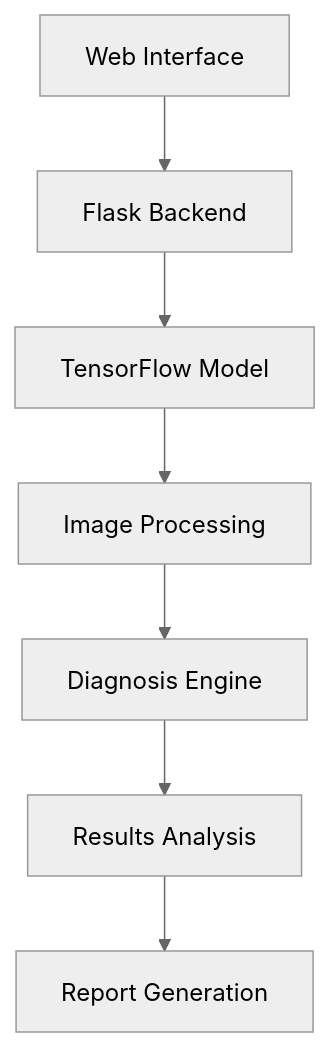
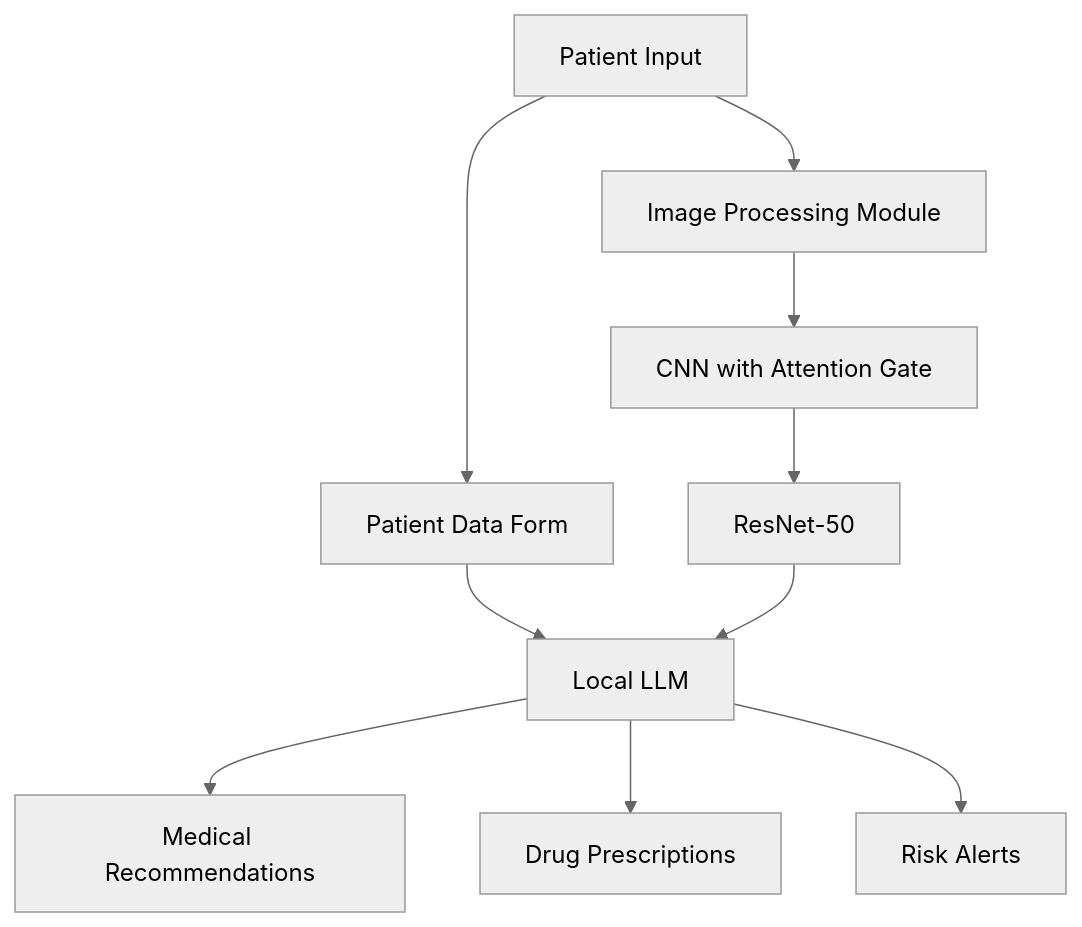
The diagram in README.md (Awrsha/SDAPS), drawn with Mermaid (neutral theme) before and after one commit. The commit also changed other lines of this file, not shown here.

````diff
--- a/README.md
+++ b/README.md
@@ -32,9 +17,12 @@
 ```mermaid
 graph TD
-    A[Web Interface] --> B[Flask Backend]
-    B --> C[TensorFlow Model]
-    C --> D[Image Processing]
-    D --> E[Diagnosis Engine]
-    E --> F[Results Analysis]
-    F --> G[Report Generation]
+    A[Patient Input] --> B[Image Processing Module]
+    A --> C[Patient Data Form]
+    B --> D[CNN with Attention Gate]
+    D --> E[ResNet-50]
+    C --> F[Local LLM]
+    E --> F
+    F --> G[Medical Recommendations]
+    F --> H[Drug Prescriptions]
+    F --> I[Risk Alerts]
 ```
````
